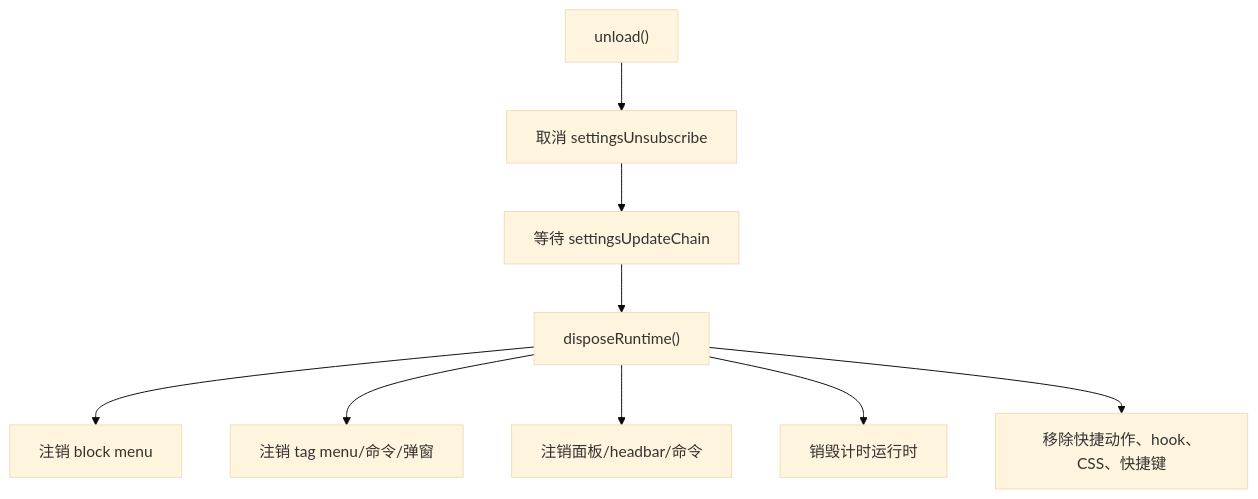
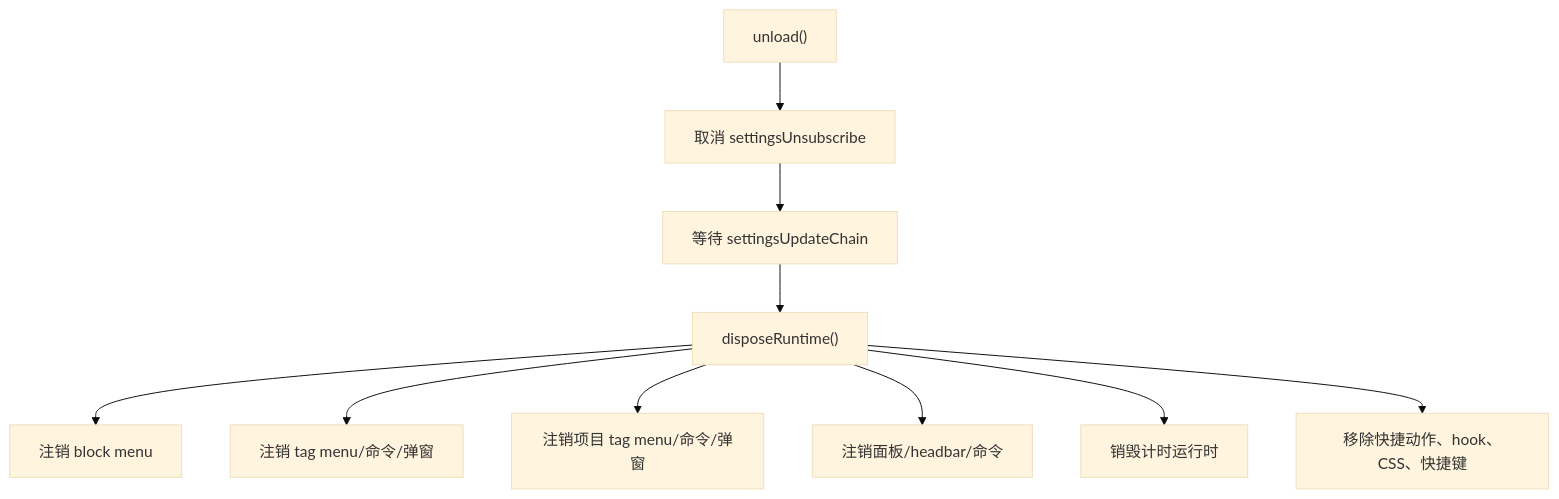
Before and after one commit to litcu/orca-plugin-task-planner: the third of 3 diagrams in doc/数据流/01-运行时启动与注册.md, drawn with Mermaid (base theme). The commit also changed other lines of this file and 13 other files, not shown here.

````diff
--- a/doc/数据流/01-运行时启动与注册.md
+++ b/doc/数据流/01-运行时启动与注册.md
@@ -88,11 +92,12 @@
 ```mermaid
 flowchart TD
   Unload["unload()"] --> StopSettings["取消 settingsUnsubscribe"]
   StopSettings --> WaitChain["等待 settingsUpdateChain"]
   WaitChain --> DisposeRuntime["disposeRuntime()"]
   DisposeRuntime --> DisposeBlockMenu["注销 block menu"]
   DisposeRuntime --> DisposePopup["注销 tag menu/命令/弹窗"]
+  DisposeRuntime --> DisposeProjectPopup["注销项目 tag menu/命令/弹窗"]
   DisposeRuntime --> DisposePanel["注销面板/headbar/命令"]
   DisposeRuntime --> DisposeTimer["销毁计时运行时"]
   DisposeRuntime --> DisposeQuick["移除快捷动作、hook、CSS、快捷键"]
 ```
````
